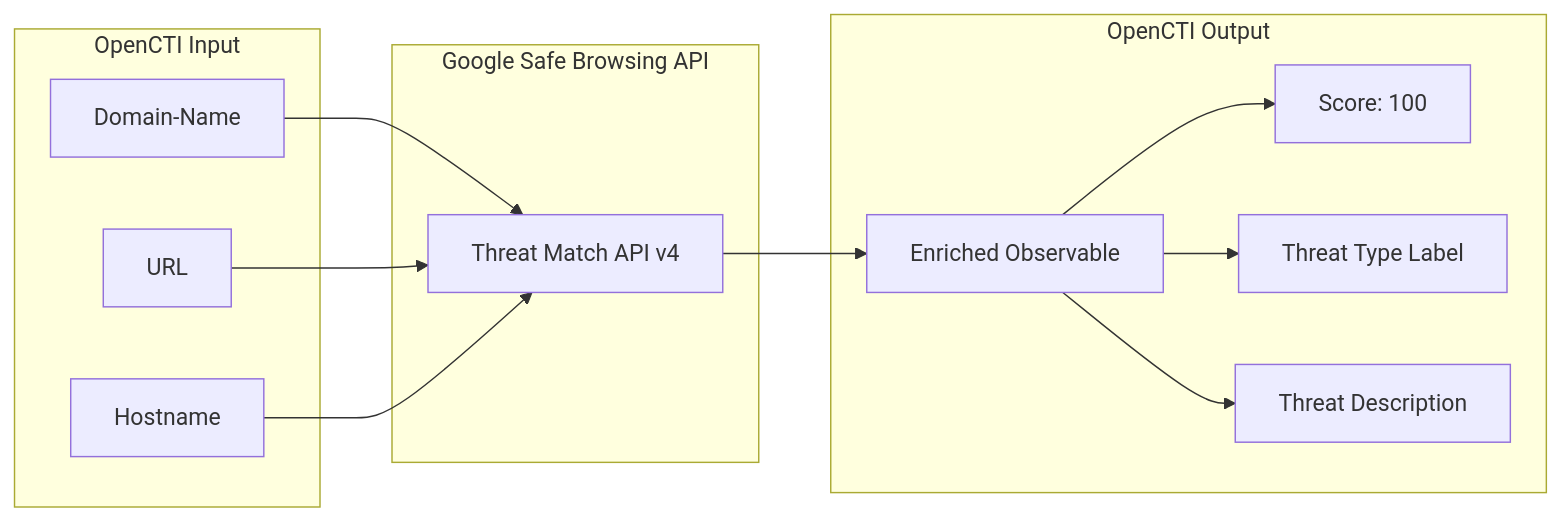
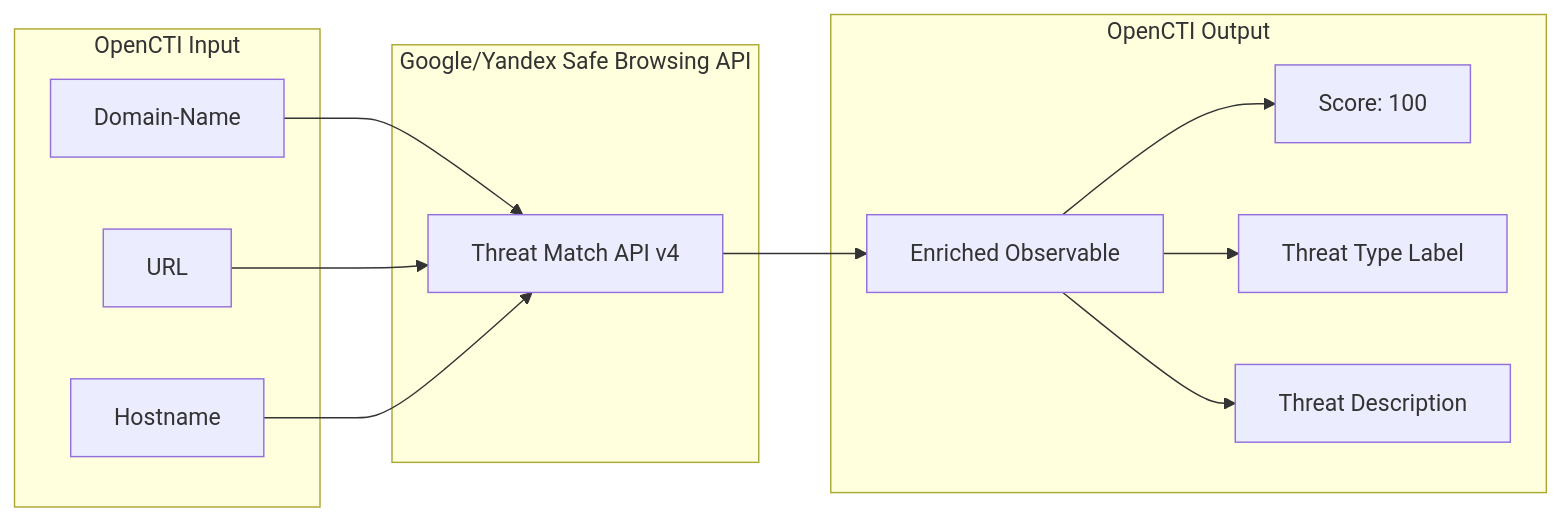
One commit to OpenCTI-Platform/connectors changed the diagram in internal-enrichment/google-safebrowsing/README.md. Above: the diagram before and after it, drawn with Mermaid. The commit also changed other lines of this file and 2 other files, not shown here.

Commit message:
[google-safebrowsing] Enable Yandex SafeBrowsing support

````diff
--- a/internal-enrichment/google-safebrowsing/README.md
+++ b/internal-enrichment/google-safebrowsing/README.md
@@ -139,27 +146,27 @@
 ```mermaid
 graph LR
     subgraph OpenCTI Input
         Domain[Domain-Name]
         URL[URL]
         Hostname[Hostname]
     end
 
-    subgraph Google Safe Browsing API
+    subgraph Google/Yandex Safe Browsing API
         API[Threat Match API v4]
     end
 
     subgraph OpenCTI Output
         EnrichedObs[Enriched Observable]
         Score[Score: 100]
         Label[Threat Type Label]
         Description[Threat Description]
     end
 
     Domain --> API
     URL --> API
     Hostname --> API
     API --> EnrichedObs
     EnrichedObs --> Score
     EnrichedObs --> Label
     EnrichedObs --> Description
 ```
````
